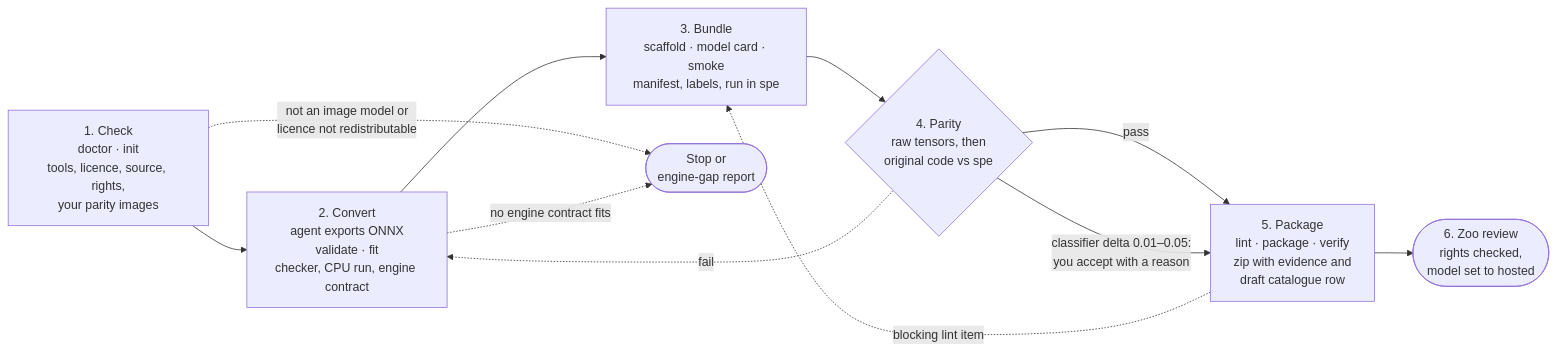
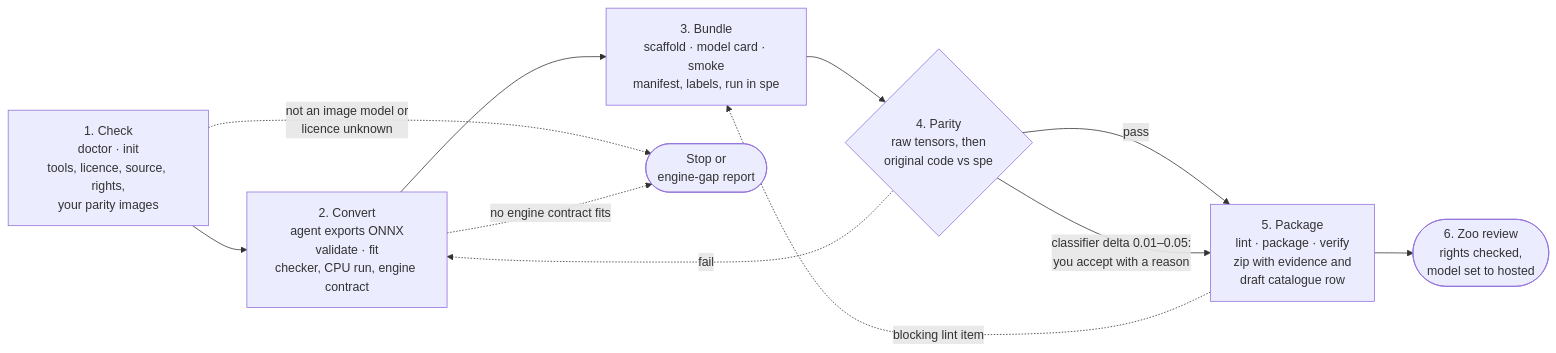
One commit to microsoft/Sparrow-Model-Zoo-Uploader changed the diagram in README.md. Above: the diagram before and after it, drawn with Mermaid. The commit also changed other lines of this file and 9 other files, not shown here.

````diff
--- a/README.md
+++ b/README.md
@@ -28,13 +28,13 @@
 ```mermaid
 flowchart LR
     A[1. Check<br/>doctor · init<br/>tools, licence, source, rights,<br/>your parity images] --> B[2. Convert<br/>agent exports ONNX<br/>validate · fit<br/>checker, CPU run, engine contract]
     B --> C[3. Bundle<br/>scaffold · model card · smoke<br/>manifest, labels, run in spe]
     C --> D{4. Parity<br/>raw tensors, then<br/>original code vs spe}
     D -- pass --> E[5. Package<br/>lint · package · verify<br/>zip with evidence and<br/>draft catalogue row]
     D -- classifier delta 0.01–0.05:<br/>you accept with a reason --> E
     E --> F([6. Zoo review<br/>rights checked,<br/>model set to hosted])
-    A -. not an image model or<br/>licence not redistributable .-> X([Stop or<br/>engine-gap report])
+    A -. not an image model or<br/>licence unknown .-> X([Stop or<br/>engine-gap report])
     B -. no engine contract fits .-> X
     D -. fail .-> B
     E -. blocking lint item .-> C
 ```
````
